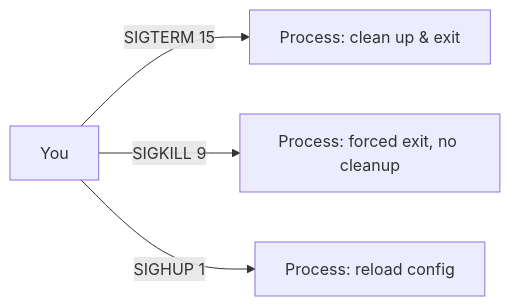
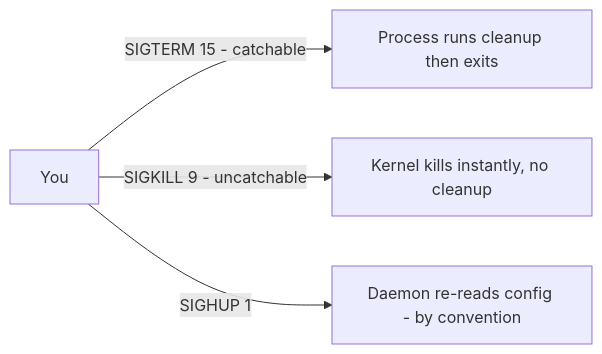
One commit to cloud-prakhar/learning-linux changed the diagram in 05-processes-and-services/kill-signals.md. Above: the diagram before and after it, drawn with Mermaid. The commit also changed other lines of this file and 69 other files, not shown here.

````diff
--- a/05-processes-and-services/kill-signals.md
+++ b/05-processes-and-services/kill-signals.md
@@ -38,6 +45,6 @@
 ```mermaid
 flowchart LR
-    You[You] -->|SIGTERM 15| P[Process: clean up & exit]
-    You -->|SIGKILL 9| P2[Process: forced exit, no cleanup]
-    You -->|SIGHUP 1| P3[Process: reload config]
+    You[You] -->|SIGTERM 15 - catchable| P[Process runs cleanup then exits]
+    You -->|SIGKILL 9 - uncatchable| P2[Kernel kills instantly, no cleanup]
+    You -->|SIGHUP 1| P3[Daemon re-reads config - by convention]
 ```
````
